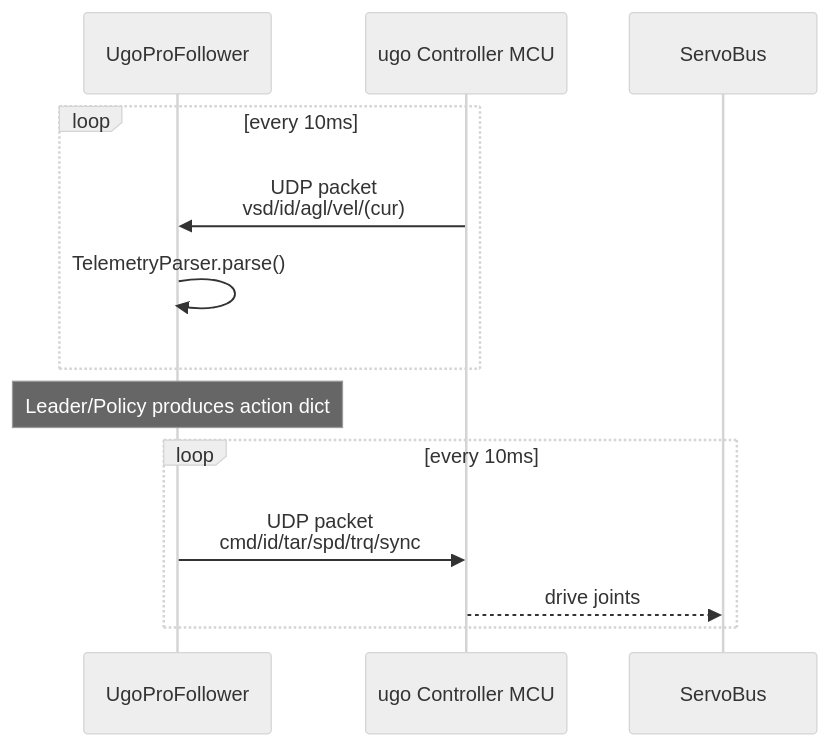
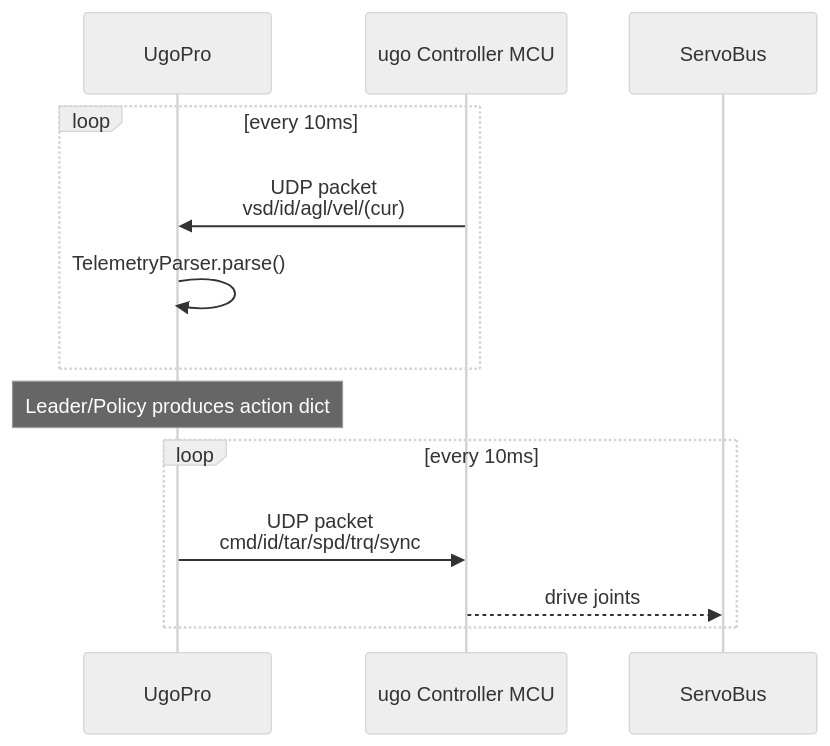
One commit to ugo-plus/lerobot-robot-ugo-pro changed the fourth of 16 diagrams in docs/lerobot_ugo_pro_design.md. Above: the diagram before and after it, drawn with Mermaid (neutral theme). The commit also changed other lines of this file and 12 other files, not shown here.

````diff
--- a/docs/lerobot_ugo_pro_design.md
+++ b/docs/lerobot_ugo_pro_design.md
@@ -85,14 +85,14 @@
 ```mermaid
 sequenceDiagram
-    participant PC as UgoProFollower
+    participant PC as UgoPro
     participant MCU as ugo Controller MCU
     loop every 10ms
         MCU->>PC: UDP packet<br>vsd/id/agl/vel/(cur)
         PC->>PC: TelemetryParser.parse()
     end
     Note over PC: Leader/Policy produces action dict
     loop every 10ms
         PC->>MCU: UDP packet<br>cmd/id/tar/spd/trq/sync
         MCU-->>ServoBus: drive joints
     end
 ```
````
